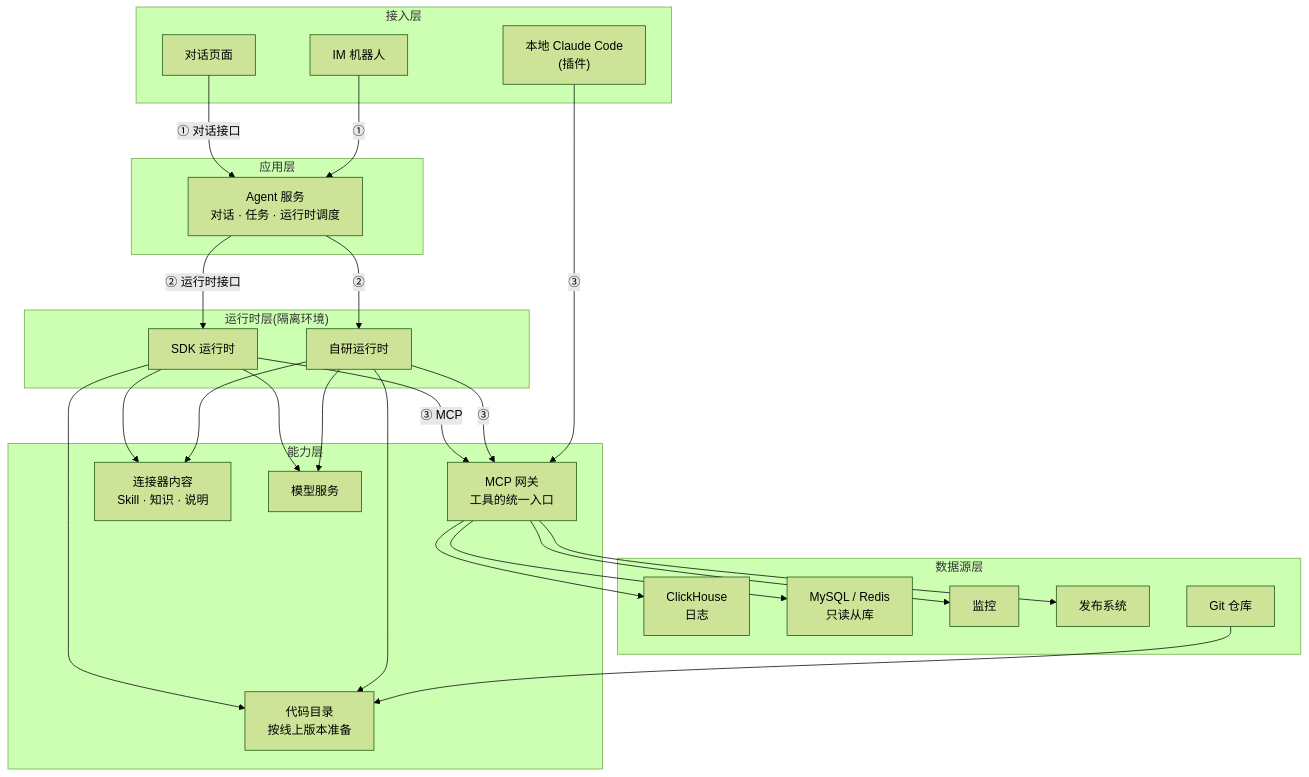
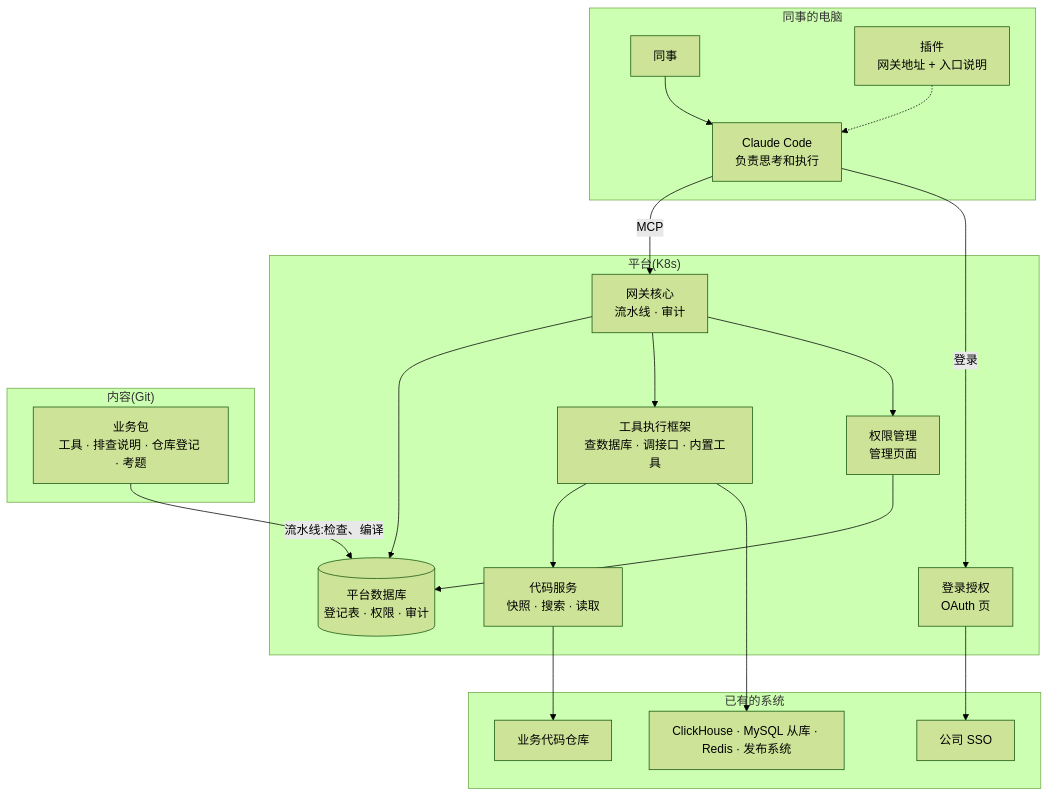
The diagram in docs/ai-native-design/架构总览.md (Sam-BIGUncle/AI_agent), drawn with Mermaid (forest theme) before and after one commit. The commit also changed other lines of this file and 29 other files, not shown here.

````diff
--- a/docs/ai-native-design/架构总览.md
+++ b/docs/ai-native-design/架构总览.md
@@ -7,46 +9,32 @@
 ```mermaid
 flowchart TB
-  subgraph L1["接入层"]
-    WEB["对话页面"]
-    IM["IM 机器人"]
-    LOCAL["本地 Claude Code<br/>(插件)"]
+  subgraph PC["同事的电脑"]
+    U["同事"] --> CC["Claude Code<br/>负责思考和执行"]
+    PL["插件<br/>网关地址 + 入口说明"] -.-> CC
   end
-  subgraph L2["应用层"]
-    AS["Agent 服务<br/>对话 · 任务 · 运行时调度"]
+  subgraph PLAT["平台(K8s)"]
+    AUTH["登录授权<br/>OAuth 页"]
+    GW["网关核心<br/>流水线 · 审计"]
+    PERM["权限管理<br/>管理页面"]
+    EXE["工具执行框架<br/>查数据库 · 调接口 · 内置工具"]
+    CODE["代码服务<br/>快照 · 搜索 · 读取"]
+    DB[("平台数据库<br/>登记表 · 权限 · 审计")]
   end
-  subgraph L3["运行时层(隔离环境)"]
-    RT1["SDK 运行时"]
-    RT2["自研运行时"]
+  subgraph CONTENT["内容(Git)"]
+    PACK["业务包<br/>工具 · 排查说明 · 仓库登记 · 考题"]
   end
-  subgraph L4["能力层"]
-    GW["MCP 网关<br/>工具的统一入口"]
-    CONN["连接器内容<br/>Skill · 知识 · 说明"]
-    CODE["代码目录<br/>按线上版本准备"]
-    LLM["模型服务"]
+  subgraph EXT["已有的系统"]
+    SSO["公司 SSO"]
+    DS["ClickHouse · MySQL 从库 · Redis · 发布系统"]
+    GIT["业务代码仓库"]
   end
-  subgraph L5["数据源层"]
-    CH["ClickHouse<br/>日志"]
-    DB["MySQL / Redis<br/>只读从库"]
-    MON["监控"]
-    CD["发布系统"]
-    GIT["Git 仓库"]
-  end
-  WEB -->|"① 对话接口"| AS
-  IM -->|"①"| AS
-  AS -->|"② 运行时接口"| RT1
-  AS -->|"②"| RT2
-  RT1 -->|"③ MCP"| GW
-  RT2 -->|"③"| GW
-  LOCAL -->|"③"| GW
-  RT1 --> CONN
-  RT2 --> CONN
-  RT1 --> CODE
-  RT2 --> CODE
-  RT1 --> LLM
-  RT2 --> LLM
-  GW --> CH
+  CC -->|"登录"| AUTH --> SSO
+  CC -->|"MCP"| GW
+  GW --> PERM
+  GW --> EXE
+  EXE --> DS
+  EXE --> CODE --> GIT
   GW --> DB
-  GW --> MON
-  GW --> CD
-  GIT --> CODE
+  PERM --> DB
+  PACK -->|"流水线:检查、编译"| DB
 ```
````
